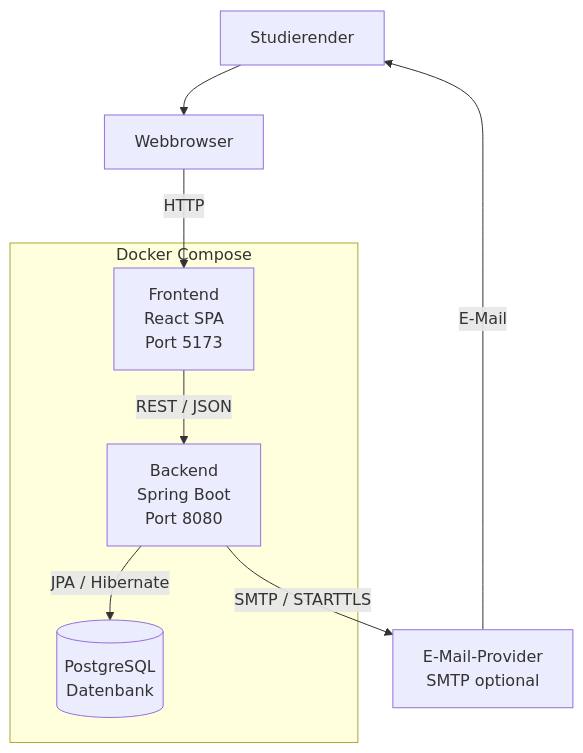
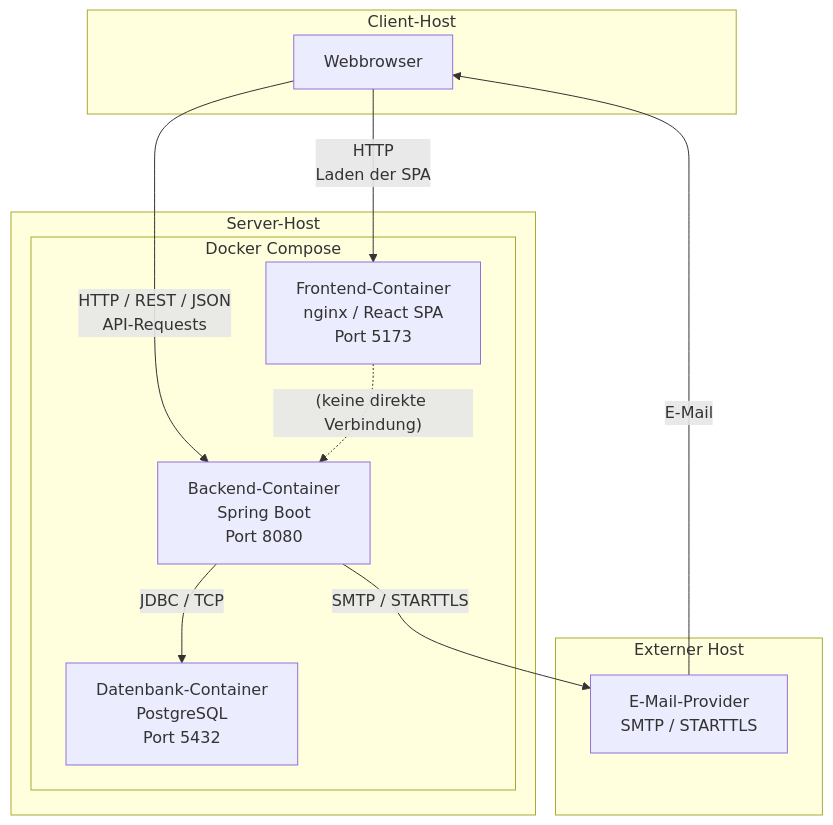
The diagram in arch/07-verteilungssicht.md (nura203/wk1106-wirtschaftsinformatik-projekt-1), drawn with Mermaid before and after one commit. The commit also changed other lines of this file, not shown here.

Commit message:
refactor: restructure chapter 7 with explicit host boundaries and Docker services

````diff
--- a/arch/07-verteilungssicht.md
+++ b/arch/07-verteilungssicht.md
@@ -21,20 +16,25 @@
 ```mermaid
 graph TD
-    User["Studierender"]
-    Browser["Webbrowser"]
-    
-    subgraph Docker["Docker Compose"]
-        Frontend["Frontend<br/>React SPA<br/>Port 5173"]
-        Backend["Backend<br/>Spring Boot<br/>Port 8080"]
-        DB[("PostgreSQL<br/>Datenbank")]
+    subgraph Client["Client-Host"]
+        Browser["Webbrowser"]
     end
-    
-    SMTP["E-Mail-Provider<br/>SMTP optional"]
 
-    User --> Browser
-    Browser -->|"HTTP"| Frontend
-    Frontend -->|"REST / JSON"| Backend
-    Backend -->|"JPA / Hibernate"| DB
-    Backend -->|"SMTP / STARTTLS"| SMTP
-    SMTP -->|"E-Mail"| User
+    subgraph Server["Server-Host"]
+        subgraph Docker["Docker Compose"]
+            FrontendContainer["Frontend-Container<br/>nginx / React SPA<br/>Port 5173"]
+            BackendContainer["Backend-Container<br/>Spring Boot<br/>Port 8080"]
+            DBContainer["Datenbank-Container<br/>PostgreSQL<br/>Port 5432"]
+        end
+    end
+
+    subgraph Extern["Externer Host"]
+        SMTP["E-Mail-Provider<br/>SMTP / STARTTLS"]
+    end
+
+    Browser -->|"HTTP<br/>Laden der SPA"| FrontendContainer
+    Browser -->|"HTTP / REST / JSON<br/>API-Requests"| BackendContainer
+    FrontendContainer -.->|"(keine direkte Verbindung)"| BackendContainer
+    BackendContainer -->|"JDBC / TCP"| DBContainer
+    BackendContainer -->|"SMTP / STARTTLS"| SMTP
+    SMTP -->|"E-Mail"| Browser
 ```
````
